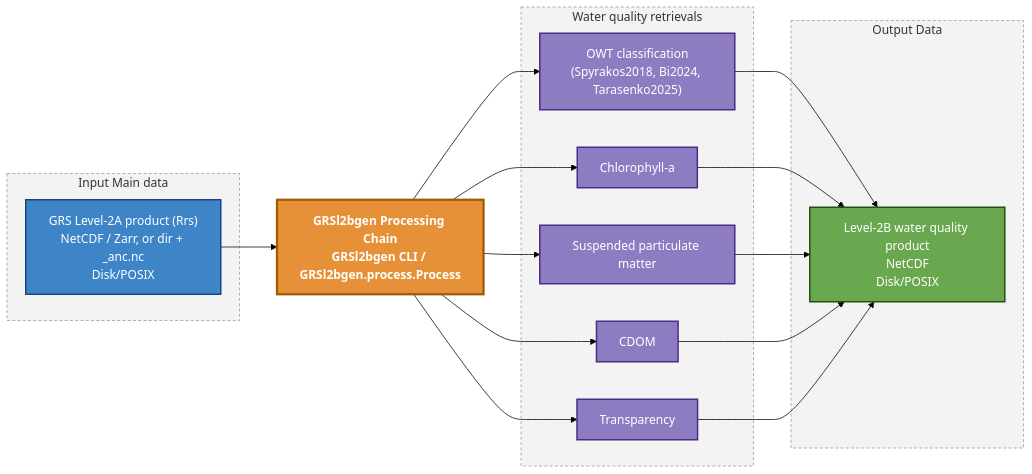
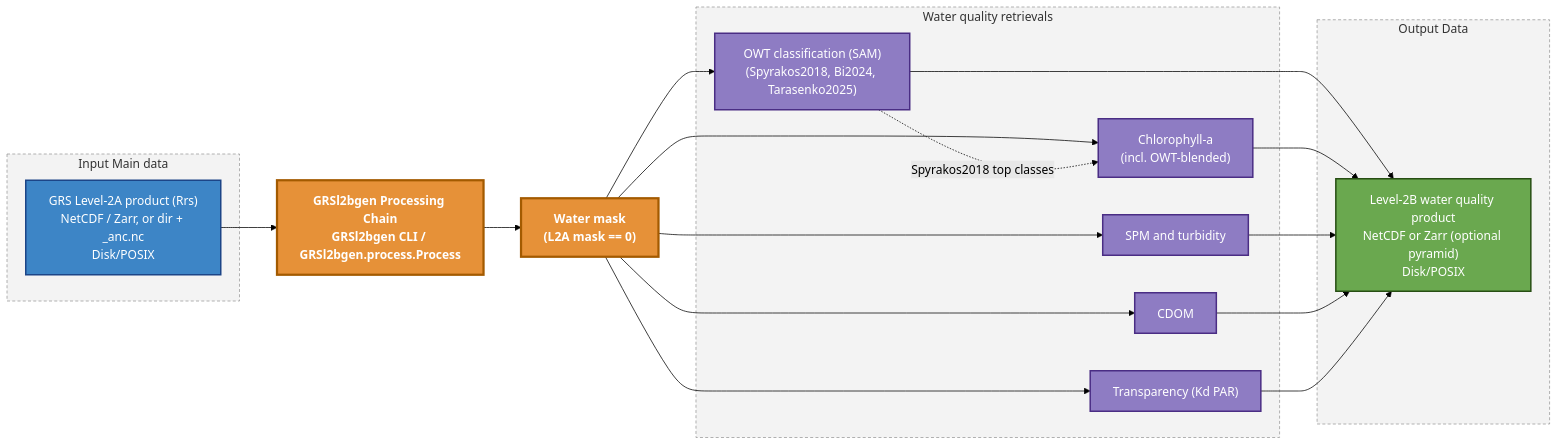
Before and after one commit to Tristanovsk/GRSl2bgen: the diagram in docs/source/_diagrams/dataflow.mmd, drawn with Mermaid (forest theme). The commit also changed 1 other file, not shown here.

```diff
--- a/docs/source/_diagrams/dataflow.mmd
+++ b/docs/source/_diagrams/dataflow.mmd
@@ -1,42 +1,45 @@
 flowchart LR
     subgraph main["Input Main data"]
         IN1["GRS Level-2A product (Rrs)<br/>NetCDF / Zarr, or dir + _anc.nc<br/>Disk/POSIX"]
     end
 
     PROC["GRSl2bgen Processing Chain<br/>GRSl2bgen CLI / GRSl2bgen.process.Process"]
+    MASK["Water mask<br/>(L2A mask == 0)"]
 
     subgraph steps["Water quality retrievals"]
-        S1["OWT classification<br/>(Spyrakos2018, Bi2024, Tarasenko2025)"]
-        S2["Chlorophyll-a"]
-        S3["Suspended particulate matter"]
+        S1["OWT classification (SAM)<br/>(Spyrakos2018, Bi2024, Tarasenko2025)"]
+        S2["Chlorophyll-a<br/>(incl. OWT-blended)"]
+        S3["SPM and turbidity"]
         S4["CDOM"]
-        S5["Transparency"]
+        S5["Transparency (Kd PAR)"]
     end
 
     subgraph out["Output Data"]
-        OUT1["Level-2B water quality product<br/>NetCDF<br/>Disk/POSIX"]
+        OUT1["Level-2B water quality product<br/>NetCDF or Zarr (optional pyramid)<br/>Disk/POSIX"]
     end
 
     IN1 --> PROC
-    PROC --> S1
-    PROC --> S2
-    PROC --> S3
-    PROC --> S4
-    PROC --> S5
+    PROC --> MASK
+    MASK --> S1
+    MASK --> S2
+    MASK --> S3
+    MASK --> S4
+    MASK --> S5
+    S1 -. "Spyrakos2018 top classes" .-> S2
     S1 --> OUT1
     S2 --> OUT1
     S3 --> OUT1
     S4 --> OUT1
     S5 --> OUT1
 
     classDef mainStyle fill:#3d85c6,stroke:#1c4587,stroke-width:2px,color:#ffffff
     classDef procStyle fill:#e69138,stroke:#a35a00,stroke-width:3px,color:#ffffff,font-weight:bold
     classDef stepStyle fill:#8e7cc3,stroke:#4a2d84,stroke-width:2px,color:#ffffff
     classDef outStyle fill:#6aa84f,stroke:#274e13,stroke-width:2px,color:#ffffff
     classDef groupStyle fill:#f3f3f3,stroke:#999999,stroke-dasharray: 4 3,color:#333333
 
     class IN1 mainStyle
-    class PROC procStyle
+    class PROC,MASK procStyle
     class S1,S2,S3,S4,S5 stepStyle
     class OUT1 outStyle
     class main,steps,out groupStyle
```
